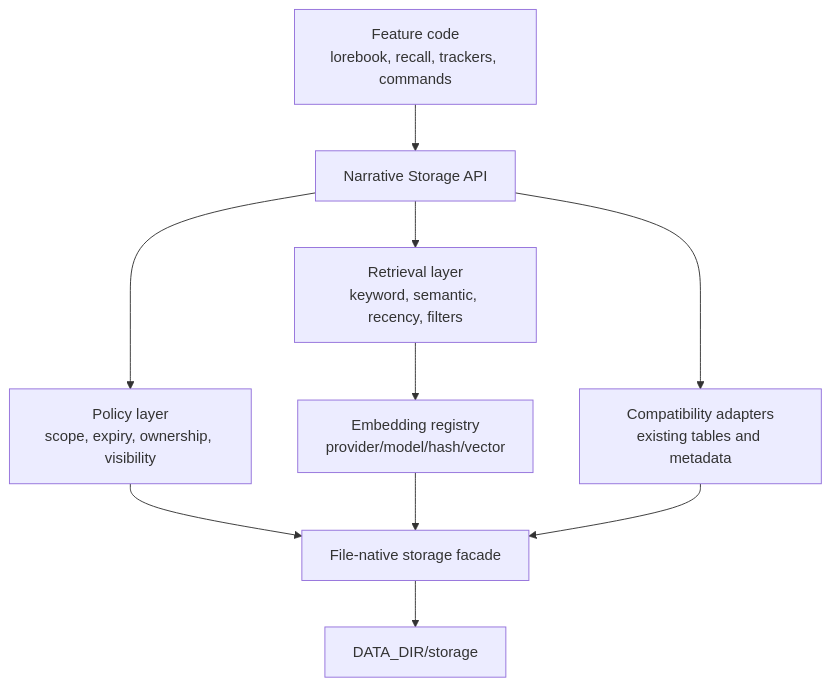
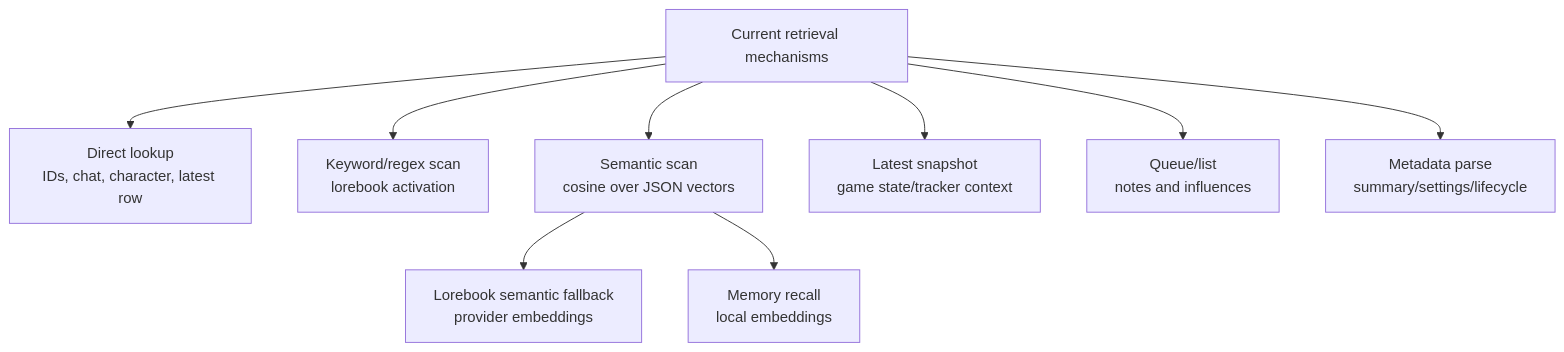
The ninth of 9 diagrams in change_requests/CR008_data_storage_harmonization/ASSESSMENT.md (adunato/Marinara-Engine-Project), drawn with Mermaid before and after one commit. The commit also changed other lines of this file and 1 other file, not shown here.

Commit message:
docs: refocus CR008 assessment on current behavior

````diff
--- a/change_requests/CR008_data_storage_harmonization/ASSESSMENT.md
+++ b/change_requests/CR008_data_storage_harmonization/ASSESSMENT.md
@@ -274,13 +498,12 @@
 ```mermaid
 flowchart TD
-  Feature["Feature code<br/>lorebook, recall, trackers, commands"] --> API["Narrative Storage API"]
-  API --> Policy["Policy layer<br/>scope, expiry, ownership, visibility"]
-  API --> Retrieval["Retrieval layer<br/>keyword, semantic, recency, filters"]
-  Retrieval --> Embeddings["Embedding registry<br/>provider/model/hash/vector"]
-  Policy --> Store["File-native storage facade"]
-  Embeddings --> Store
-  Store --> Disk["DATA_DIR/storage"]
+  Retrieval["Current retrieval mechanisms"] --> Direct["Direct lookup<br/>IDs, chat, character, latest row"]
+  Retrieval --> Keyword["Keyword/regex scan<br/>lorebook activation"]
+  Retrieval --> Semantic["Semantic scan<br/>cosine over JSON vectors"]
+  Retrieval --> Snapshot["Latest snapshot<br/>game state/tracker context"]
+  Retrieval --> Queue["Queue/list<br/>notes and influences"]
+  Retrieval --> Metadata["Metadata parse<br/>summary/settings/lifecycle"]
 
-  API --> Existing["Compatibility adapters<br/>existing tables and metadata"]
-  Existing --> Store
+  Semantic --> LoreSemantic["Lorebook semantic fallback<br/>provider embeddings"]
+  Semantic --> RecallSemantic["Memory recall<br/>local embeddings"]
 ```
````
